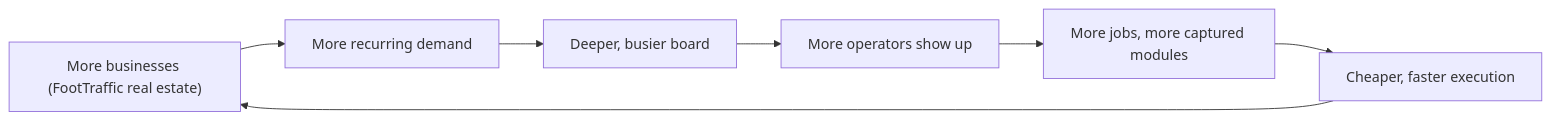
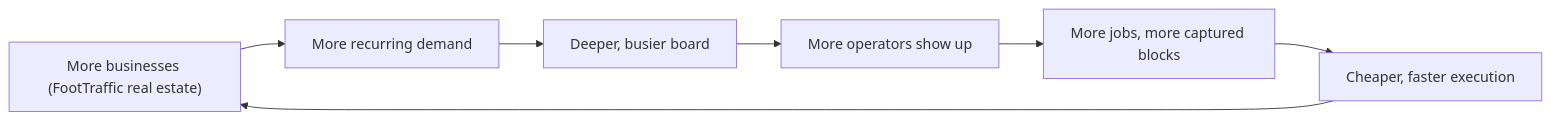
Before and after one commit to matthewharwood/engmanager.xyz: the third of 3 diagrams in website/articles/the-execution-marketplace.md, drawn with Mermaid. The commit also changed other lines of this file and 1 other file, not shown here.

```diff
--- a/website/articles/the-execution-marketplace.md
+++ b/website/articles/the-execution-marketplace.md
@@ -118,9 +118,9 @@
 <div class="mermaid">
 flowchart LR
   A["More businesses (FootTraffic real estate)"] --> B["More recurring demand"]
   B --> C["Deeper, busier board"]
   C --> D["More operators show up"]
-  D --> E["More jobs, more captured modules"]
+  D --> E["More jobs, more captured blocks"]
   E --> F["Cheaper, faster execution"]
   F --> A
 </div>
```
